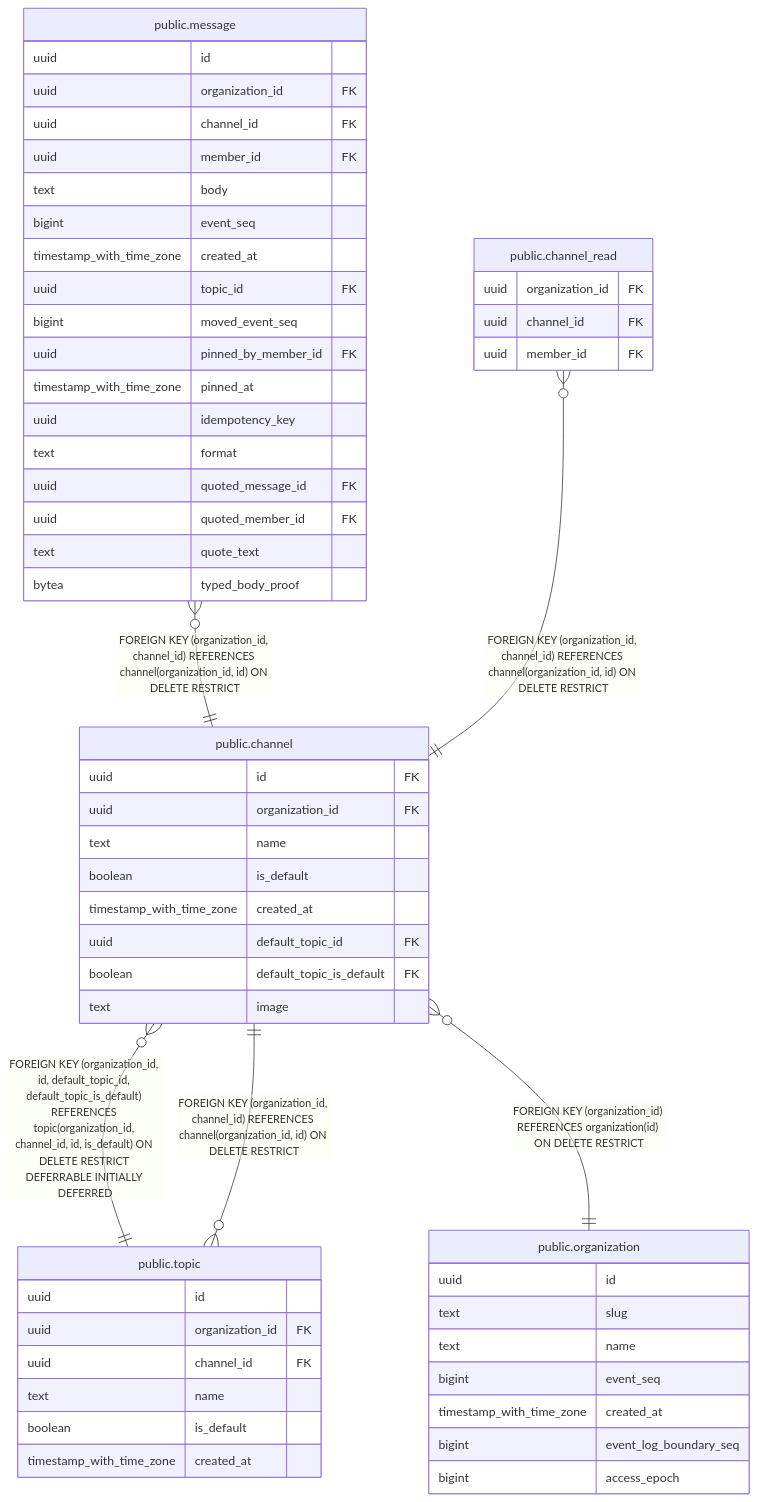
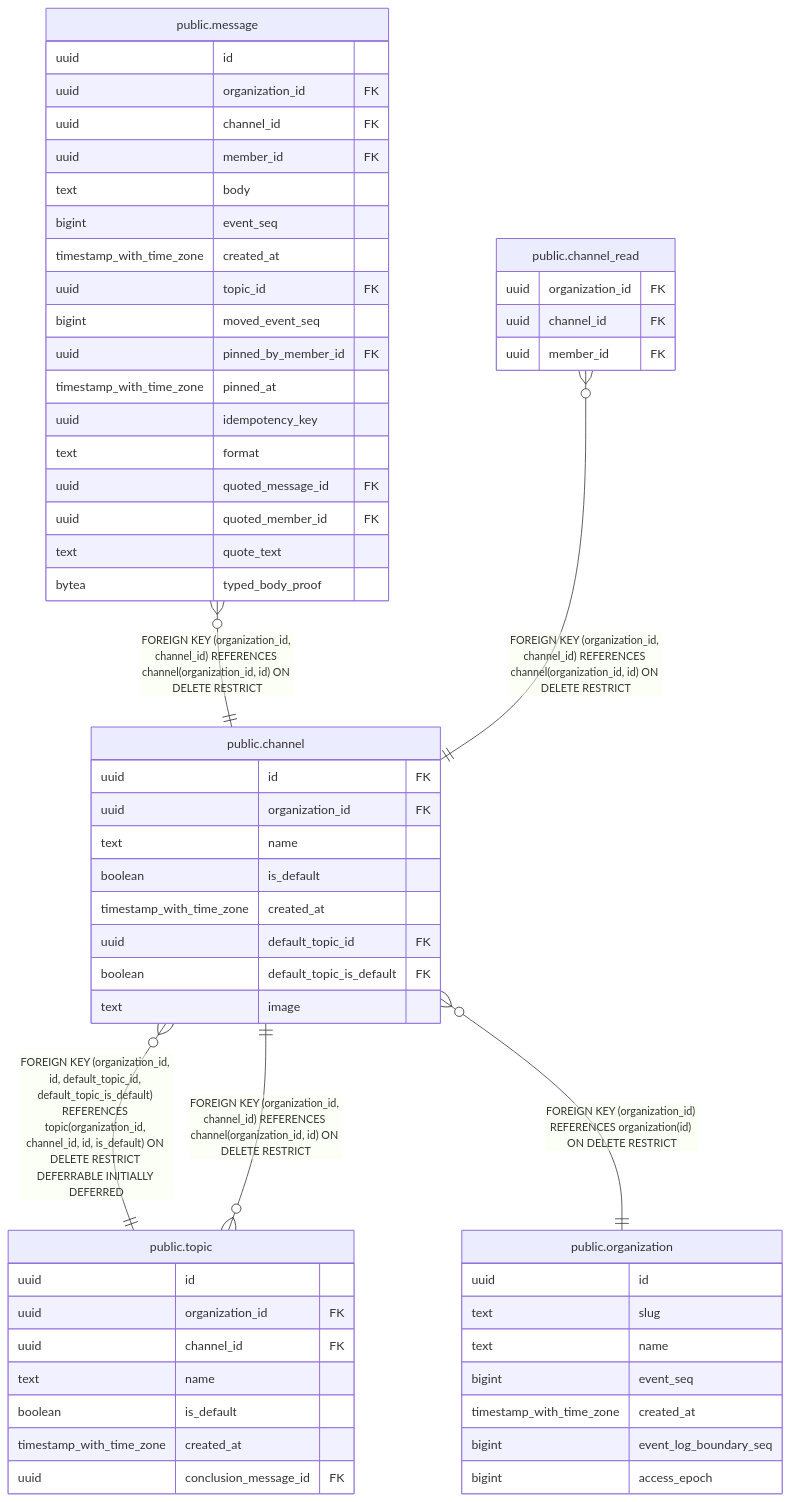
Before and after one commit to tkakkie/ribbitto: the diagram in docs/schema/public.channel.md, drawn with Mermaid. The commit also changed 12 other files, not shown here.

First line of the commit message:
feat(conversation): add topic conclusion schema

````diff
--- a/docs/schema/public.channel.md
+++ b/docs/schema/public.channel.md
@@ -46,61 +46,62 @@
 ```mermaid
 erDiagram
 
 "public.channel" }o--|| "public.topic" : "FOREIGN KEY (organization_id, id, default_topic_id, default_topic_is_default) REFERENCES topic(organization_id, channel_id, id, is_default) ON DELETE RESTRICT DEFERRABLE INITIALLY DEFERRED"
 "public.message" }o--|| "public.channel" : "FOREIGN KEY (organization_id, channel_id) REFERENCES channel(organization_id, id) ON DELETE RESTRICT"
 "public.topic" }o--|| "public.channel" : "FOREIGN KEY (organization_id, channel_id) REFERENCES channel(organization_id, id) ON DELETE RESTRICT"
 "public.channel_read" }o--|| "public.channel" : "FOREIGN KEY (organization_id, channel_id) REFERENCES channel(organization_id, id) ON DELETE RESTRICT"
 "public.channel" }o--|| "public.organization" : "FOREIGN KEY (organization_id) REFERENCES organization(id) ON DELETE RESTRICT"
 
 "public.channel" {
   uuid id FK
   uuid organization_id FK
   text name
   boolean is_default
   timestamp_with_time_zone created_at
   uuid default_topic_id FK
   boolean default_topic_is_default FK
   text image
 }
 "public.topic" {
   uuid id
   uuid organization_id FK
   uuid channel_id FK
   text name
   boolean is_default
   timestamp_with_time_zone created_at
+  uuid conclusion_message_id FK
 }
 "public.message" {
   uuid id
   uuid organization_id FK
   uuid channel_id FK
   uuid member_id FK
   text body
   bigint event_seq
   timestamp_with_time_zone created_at
   uuid topic_id FK
   bigint moved_event_seq
   uuid pinned_by_member_id FK
   timestamp_with_time_zone pinned_at
   uuid idempotency_key
   text format
   uuid quoted_message_id FK
   uuid quoted_member_id FK
   text quote_text
   bytea typed_body_proof
 }
 "public.channel_read" {
   uuid organization_id FK
   uuid channel_id FK
   uuid member_id FK
 }
 "public.organization" {
   uuid id
   text slug
   text name
   bigint event_seq
   timestamp_with_time_zone created_at
   bigint event_log_boundary_seq
   bigint access_epoch
 }
 ```
````
